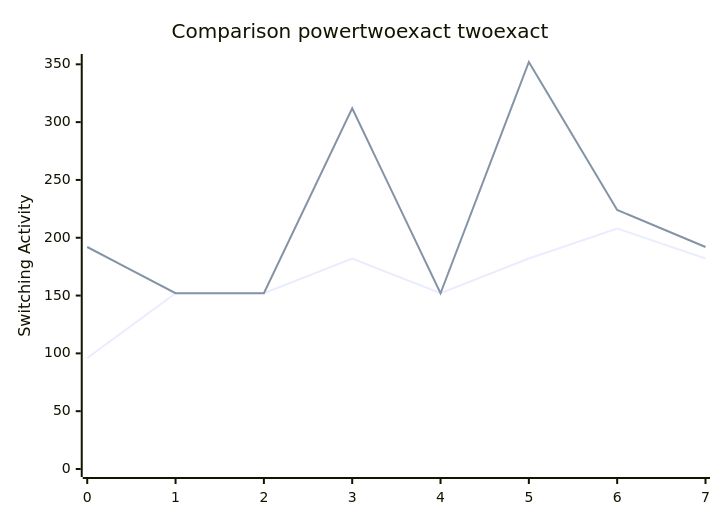
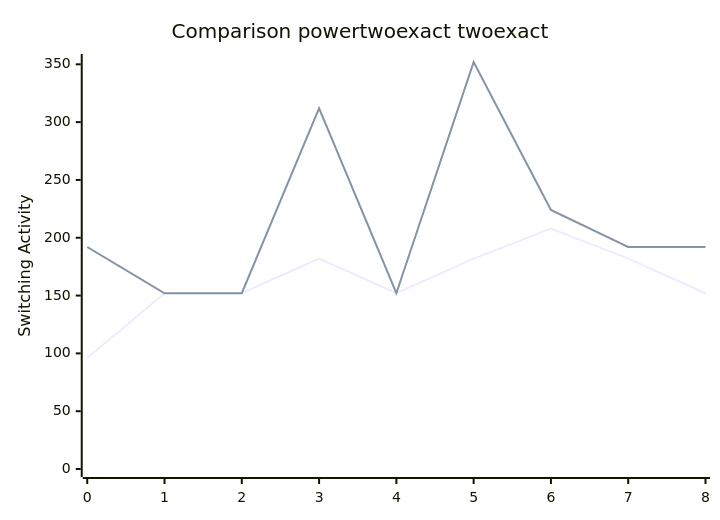
Before and after one commit to FeldmeierMichael/Exact-Power-Synthesis: the diagram in benchmark.md, drawn with Mermaid. The commit also changed other lines of this file and 2 other files, not shown here.

````diff
--- a/benchmark.md
+++ b/benchmark.md
@@ -27,8 +29,8 @@
 ```mermaid
 xychart-beta
     title "Comparison powertwoexact twoexact"
-    x-axis [0, 1, 2, 3, 4, 5, 6, 7]
+    x-axis [0, 1, 2, 3, 4, 5, 6, 7, 8]
     y-axis "Switching Activity" 0-->352
-    line [96, 152, 152, 182, 152, 182, 208, 182]
-    line [192, 152, 152, 312, 152, 352, 224, 192]
+    line [96, 152, 152, 182, 152, 182, 208, 182, 152]
+    line [192, 152, 152, 312, 152, 352, 224, 192, 192]
 ```
````
